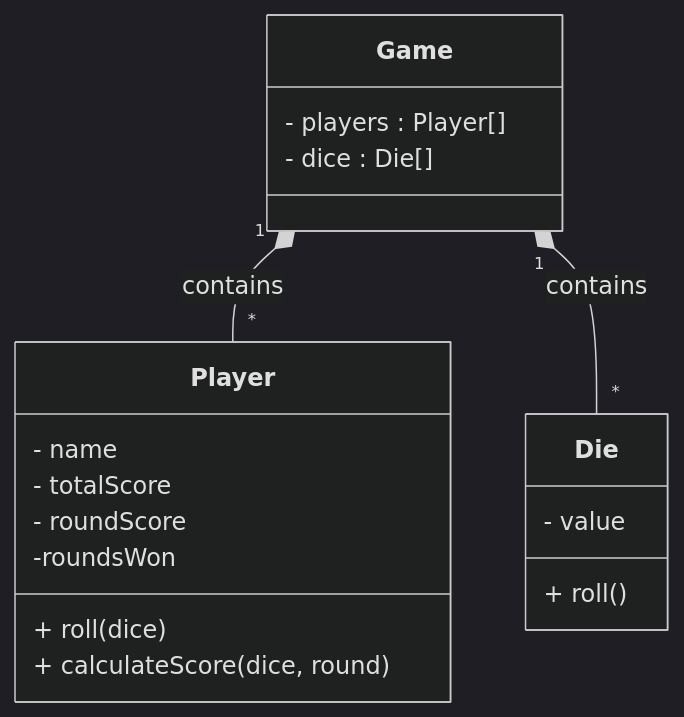
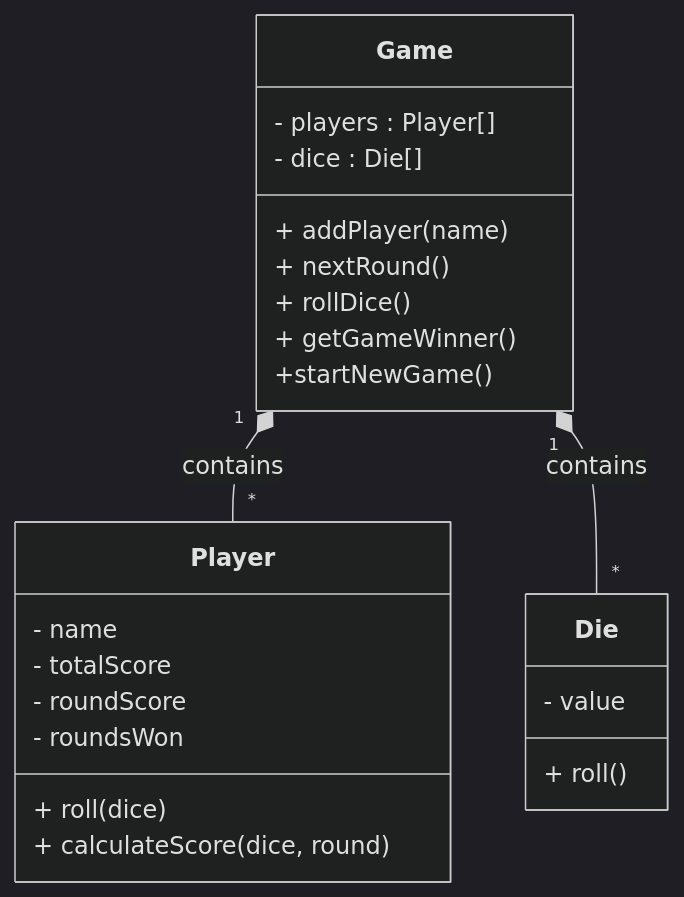
One commit to LCC-CIT/CS233JS-CourseMaterials changed the diagram in LectureNotes/CS233JS-LN-W03-D1B-UMLClassDiagram.md. Above: the diagram before and after it, drawn with Mermaid (dark theme). The commit also changed 1 other file, not shown here.

Commit message:
Added methods to Game class in diagram

````diff
--- a/LectureNotes/CS233JS-LN-W03-D1B-UMLClassDiagram.md
+++ b/LectureNotes/CS233JS-LN-W03-D1B-UMLClassDiagram.md
@@ -69,21 +69,26 @@
 ```mermaid
 classDiagram
     class Player {
         - name
         - totalScore
         - roundScore
-        -roundsWon
+        - roundsWon
         + roll(dice)
         + calculateScore(dice, round)
     }
     class Die {
         - value
         + roll()
     }
     class Game {
         - players : Player[]
         - dice : Die[]
+        + addPlayer(name)
+        + nextRound()
+        + rollDice()
+        + getGameWinner()
+        +startNewGame()
     }
     Game "1" *-- "*" Player : contains
     Game "1" *-- "*" Die : contains
 ```
````
